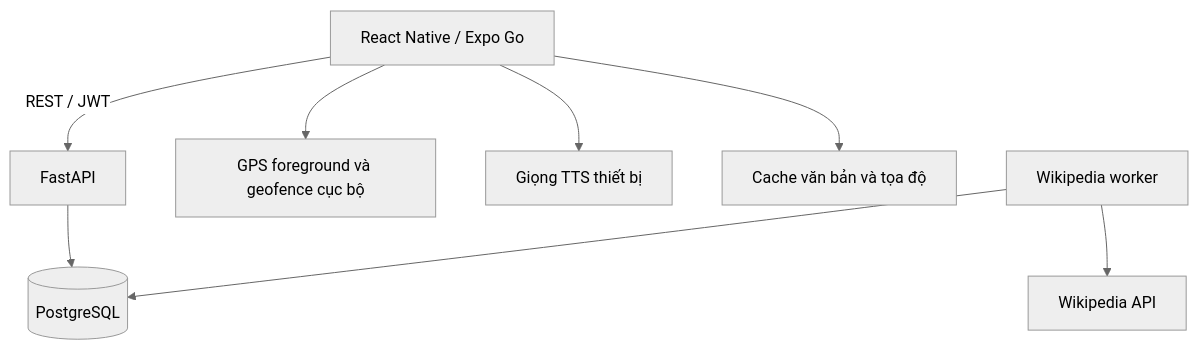
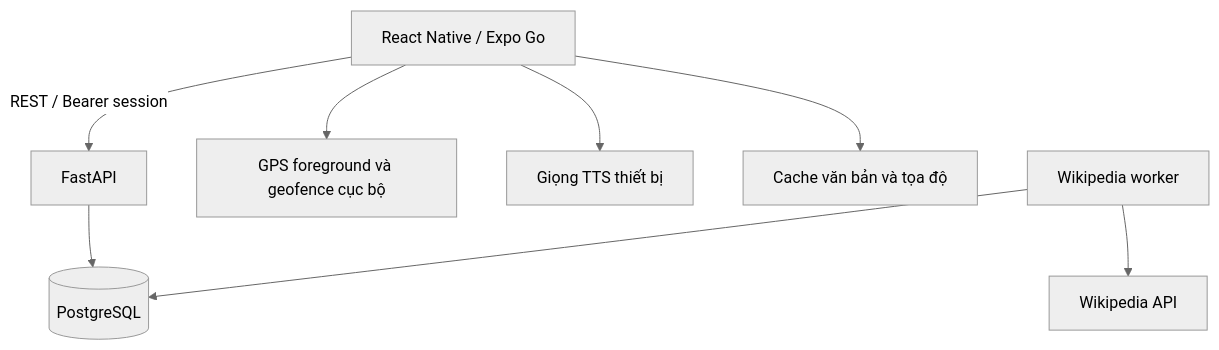
The first of 2 diagrams in docs/ARCHITECTURE.md (Domyan-nnbn/quan-1-tourism-no-docker), drawn with Mermaid (neutral theme) before and after one commit. The commit also changed other lines of this file and 25 other files, not shown here.

````diff
--- a/docs/ARCHITECTURE.md
+++ b/docs/ARCHITECTURE.md
@@ -3,10 +3,10 @@
 ```mermaid
 flowchart TD
-  A[React Native / Expo Go] -->|REST / JWT| B[FastAPI]
+  A[React Native / Expo Go] -->|REST / Bearer session| B[FastAPI]
   A --> L[GPS foreground và geofence cục bộ]
   A --> T[Giọng TTS thiết bị]
   A --> O[Cache văn bản và tọa độ]
   B --> D[(PostgreSQL)]
   W[Wikipedia worker] --> D
   W --> S[Wikipedia API]
 ```
````
